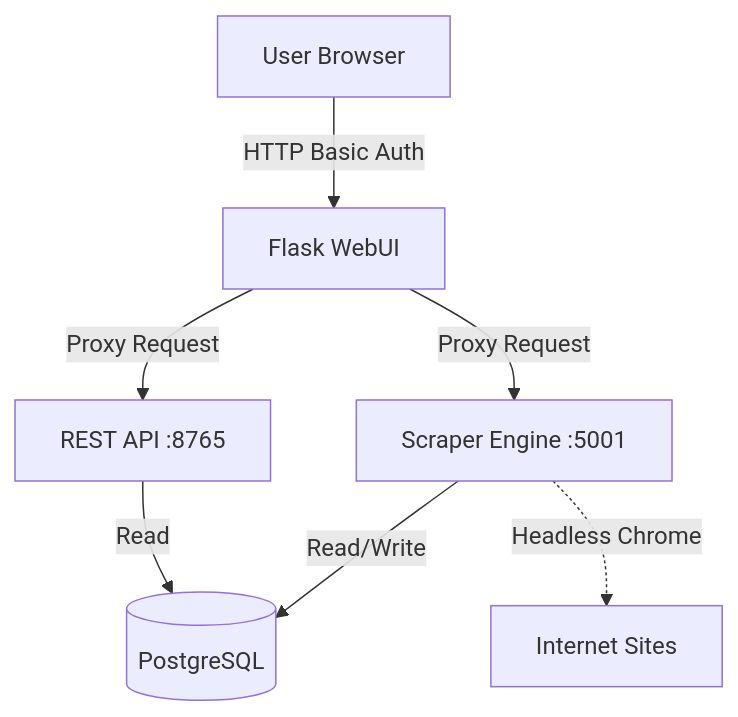
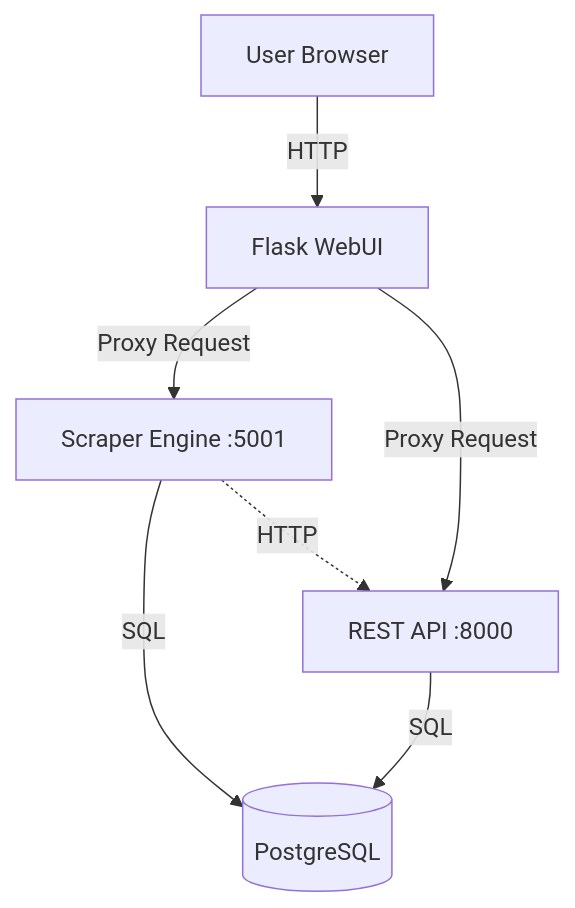
Before and after one commit to Avkroken/Produkter: the first of 2 diagrams in .cubic/wiki/05-section-frontend/01-frontend-overview.md, drawn with Mermaid. The commit also changed other lines of this file and 46 other files, not shown here.

````diff
--- a/.cubic/wiki/05-section-frontend/01-frontend-overview.md
+++ b/.cubic/wiki/05-section-frontend/01-frontend-overview.md
@@ -34,9 +34,9 @@
 ```mermaid
 flowchart TD
-    User[User Browser] -->|HTTP Basic Auth| WebUI[Flask WebUI]
+    User[User Browser] -->|HTTP| WebUI[Flask WebUI]
     WebUI -->|Proxy Request| Engine[Scraper Engine :5001]
-    WebUI -->|Proxy Request| API[REST API :8765]
-    Engine -->|Read/Write| DB[(PostgreSQL)]
-    API -->|Read| DB
-    Engine -.->|Headless Chrome| Web[Internet Sites]
+    WebUI -->|Proxy Request| API[REST API :8000]
+    Engine -->|SQL| DB[(PostgreSQL)]
+    API -->|SQL| DB
+    Engine -.->|HTTP| API
 ```
````
